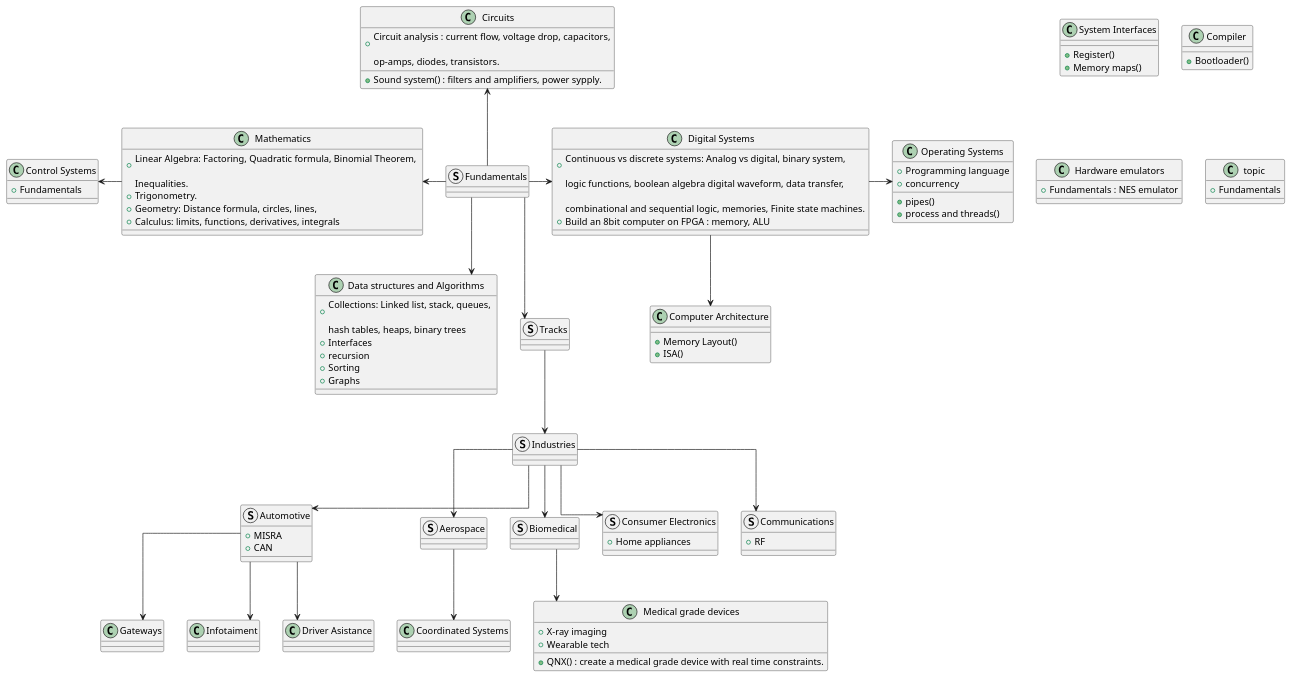
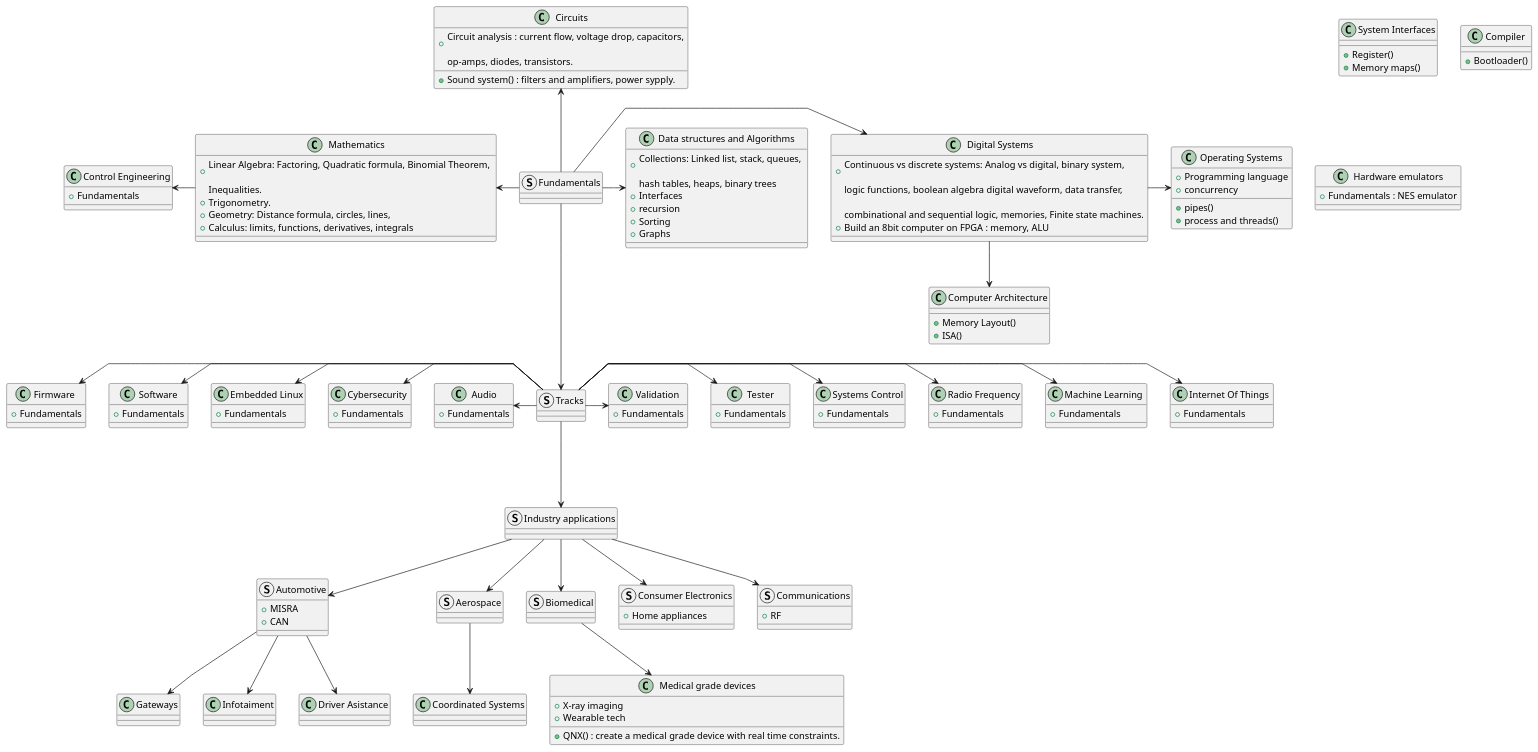
Before and after one commit to Killerpug/Embedded-Developer-Roadmap: the diagram in src/roadmap_overview.md, drawn with PlantUML. The commit also changed 5 other files, not shown here.

Commit message:
Categories improvement: fundamentals, tracks, applications

````diff
--- a/src/roadmap_overview.md
+++ b/src/roadmap_overview.md
@@ -4,8 +4,9 @@
 ```plantuml,format=svg
 @startuml
-'skinparam linetype polyline
-skinparam linetype ortho
+skinparam linetype polyline
+'skinparam linetype ortho
 
+/' ******************************* Start Fundamentals ****************************** '/
 struct Fundamentals {
 
 }
@@ -36,7 +37,7 @@
 
 }
 
-class "Control Systems" as control_sys {
+class "Control Engineering" as control_eng {
   + Fundamentals
 
 }
@@ -66,19 +67,17 @@
    + Sound system() : filters and amplifiers, power sypply.
 }
 
-Fundamentals -u-> circuits
 
-Fundamentals -l-> math
-Fundamentals -r-> digital_sys
-Fundamentals --> data_algo
-digital_sys -r-> os
-digital_sys --> comp_arch
-math -l-> control_sys
+
+/' ******************************* Finish Fundamentals ******************************'/
+
+
+/' *********************************** Start Tracks ********************************'/
 
 struct "Tracks" as Tracks {
 
 }
-Fundamentals -d-> Tracks
+
 
 class "Compiler" as compiler {
   + Bootloader()
@@ -91,16 +90,75 @@
 }
 
 
-class "topic " as topic {
+class "Machine Learning " as machine_learning {
+  + Fundamentals
+
+}
+
+
+class "Cybersecurity " as cybersecurity {
+  + Fundamentals
+
+}
+
+class "Firmware " as firmware {
+  + Fundamentals
+
+}
+
+
+class "Internet Of Things " as iot {
+  + Fundamentals
+
+}
+
+
+class "Systems Control" as sys_control {
+  + Fundamentals
+
+}
+
+class "Embedded Linux" as embedded_linux {
   + Fundamentals
 
 }
 
 
 
-struct Industries {
+class "Audio" as audio {
+  + Fundamentals
 
 }
+
+
+class "Radio Frequency" as radio_frequency {
+  + Fundamentals
+
+}
+
+class "Software" as embedded_software {
+  + Fundamentals
+}
+
+class "Tester" as tester {
+  + Fundamentals
+}
+
+class "Validation" as validation {
+  + Fundamentals
+}
+
+
+
+/' *********************************** Finish Tracks ********************************'/
+
+
+/' *********************************** Start Industry_applications ********************************'/
+
+struct "Industry applications" as Industry_applications{
+
+}
+
 
 
 
@@ -154,17 +212,47 @@
    + RF
 }
 
-Tracks -d-> Industries
-Industries --> Automotive
-Industries --> Aerospace
-Industries --> Biomedical
-Industries --> Consumer_Electronics
-Industries --> Communications
+
+
+/' *********************************** Finish Tracks ******************************** '/
+
+Fundamentals -u-> circuits
+Fundamentals -l-> math
+Fundamentals -r-> digital_sys
+Fundamentals -r-> data_algo
+digital_sys -r-> os
+digital_sys --> comp_arch
+math -l-> control_eng
+
+Fundamentals --d-> Tracks
+
+Tracks -l-> audio
+Tracks -l-> cybersecurity
+Tracks -l-> embedded_linux
+Tracks -l-> embedded_software
+Tracks -l-> firmware
+Tracks -r-> iot
+Tracks -r-> machine_learning
+Tracks -r-> radio_frequency
+Tracks -r-> sys_control
+Tracks -r-> tester
+Tracks -r-> validation
+
+Tracks --d-> Industry_applications
+
+Industry_applications --> Automotive
+Industry_applications --> Aerospace
+Industry_applications --> Biomedical
+Industry_applications --> Consumer_Electronics
+Industry_applications --> Communications
 Aerospace --> coordinated_systems
 Automotive --> gateways
 Automotive --> infotaiment
 Automotive --> driver_assistance
 Biomedical --> medical_devices
 
+
+
+
 @enduml
 ```
````
